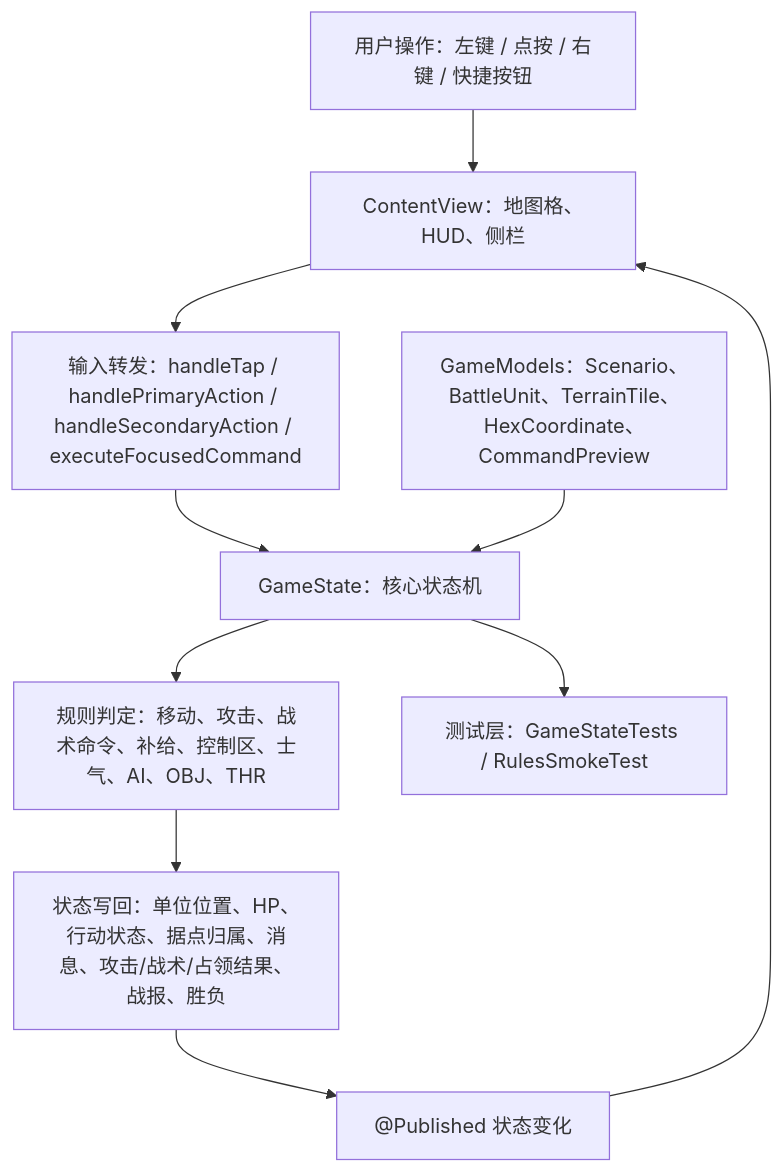
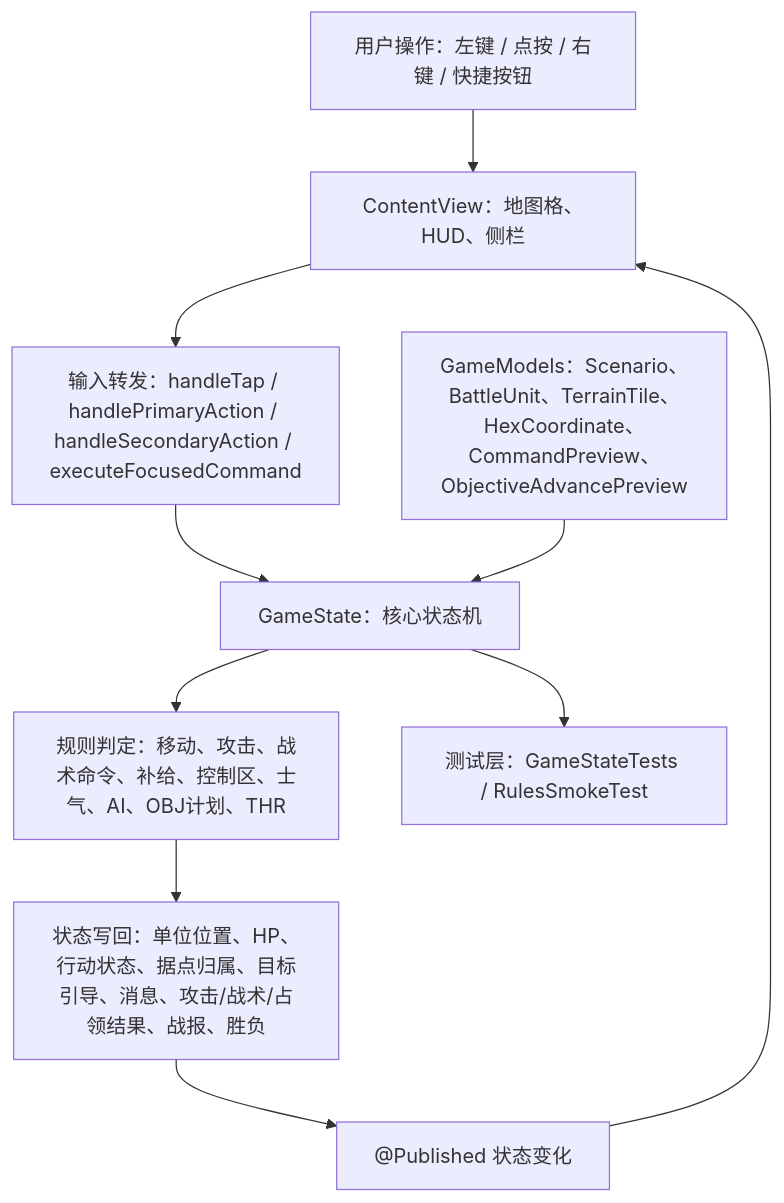
One commit to Altman-sam114/116 changed the first of 5 diagrams in md/flow/flowchart.md. Above: the diagram before and after it, drawn with Mermaid. The commit also changed other lines of this file and 10 other files, not shown here.

````diff
--- a/md/flow/flowchart.md
+++ b/md/flow/flowchart.md
@@ -9,12 +9,12 @@
 ```mermaid
 flowchart TD
   U["用户操作：左键 / 点按 / 右键 / 快捷按钮"] --> V["ContentView：地图格、HUD、侧栏"]
   V --> I["输入转发：handleTap / handlePrimaryAction / handleSecondaryAction / executeFocusedCommand"]
   I --> S["GameState：核心状态机"]
-  M["GameModels：Scenario、BattleUnit、TerrainTile、HexCoordinate、CommandPreview"] --> S
-  S --> R["规则判定：移动、攻击、战术命令、补给、控制区、士气、AI、OBJ、THR"]
-  R --> W["状态写回：单位位置、HP、行动状态、据点归属、消息、攻击/战术/占领结果、战报、胜负"]
+  M["GameModels：Scenario、BattleUnit、TerrainTile、HexCoordinate、CommandPreview、ObjectiveAdvancePreview"] --> S
+  S --> R["规则判定：移动、攻击、战术命令、补给、控制区、士气、AI、OBJ计划、THR"]
+  R --> W["状态写回：单位位置、HP、行动状态、据点归属、目标引导、消息、攻击/战术/占领结果、战报、胜负"]
   W --> P["@Published 状态变化"]
   P --> V
   S --> T["测试层：GameStateTests / RulesSmokeTest"]
 ```
````
